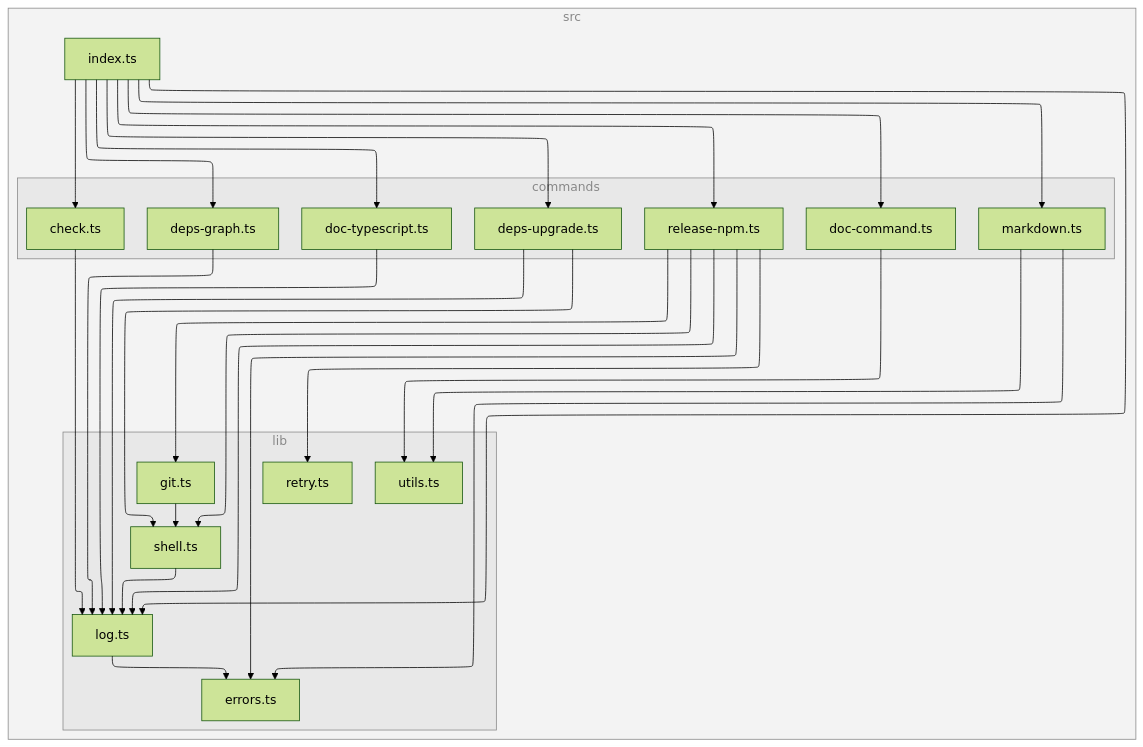
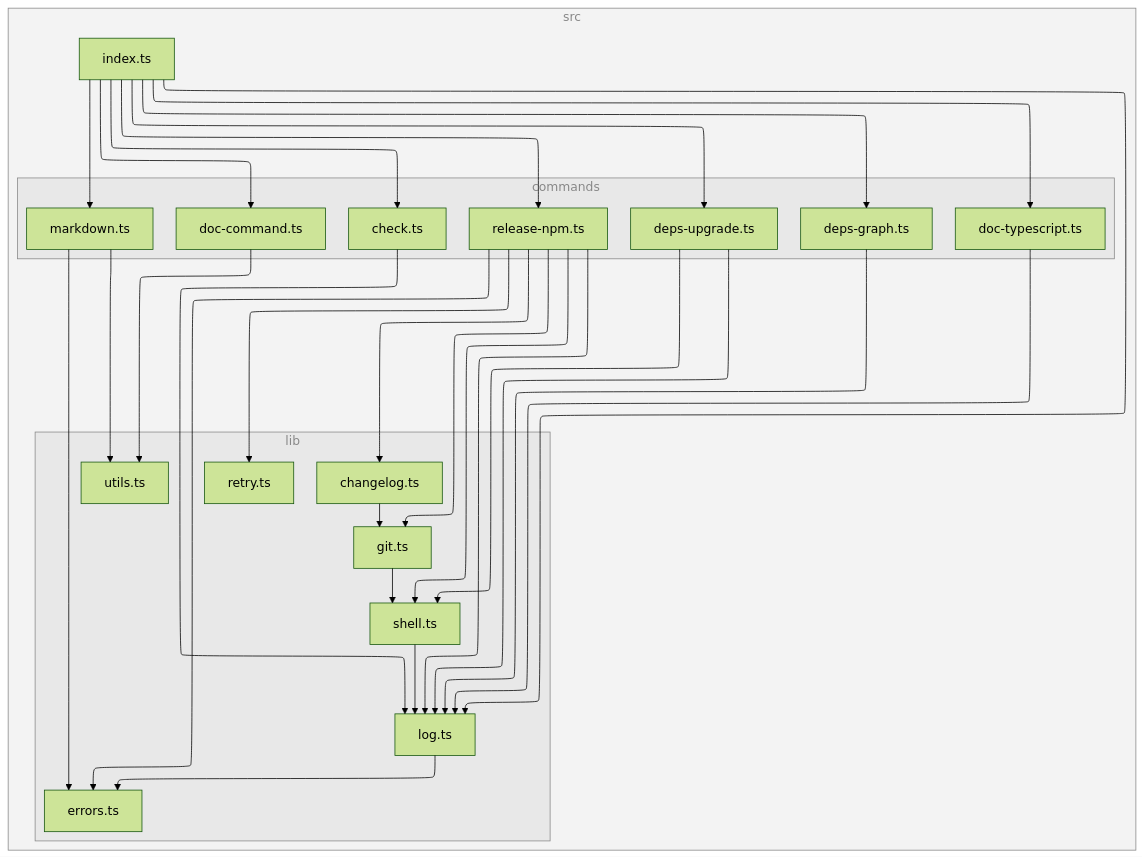
Before and after one commit to versatiles-org/node-release-tool: the diagram in README.md, drawn with Mermaid (forest theme).

Commit message:
fix: update dependency graph in README for accurate representation

````diff
--- a/README.md
+++ b/README.md
@@ -196,55 +196,58 @@
 ```mermaid
 ---
 config:
   layout: elk
 ---
 flowchart TB
 
 subgraph 0["src"]
 subgraph 1["commands"]
 2["check.ts"]
 6["deps-graph.ts"]
 7["deps-upgrade.ts"]
 9["doc-command.ts"]
 B["doc-typescript.ts"]
 C["markdown.ts"]
 D["release-npm.ts"]
 end
 subgraph 3["lib"]
 4["log.ts"]
 5["errors.ts"]
 8["shell.ts"]
 A["utils.ts"]
-E["git.ts"]
-F["retry.ts"]
+E["changelog.ts"]
+F["git.ts"]
+G["retry.ts"]
 end
-G["index.ts"]
+H["index.ts"]
 end
 2-->4
 4-->5
 6-->4
 7-->4
 7-->8
 8-->4
 9-->A
 B-->4
 C-->5
 C-->A
+D-->E
 D-->5
-D-->E
+D-->F
 D-->4
-D-->F
+D-->G
 D-->8
-E-->8
-G-->2
-G-->6
-G-->7
-G-->9
-G-->B
-G-->C
-G-->D
-G-->4
+E-->F
+F-->8
+H-->2
+H-->6
+H-->7
+H-->9
+H-->B
+H-->C
+H-->D
+H-->4
 
 class 0,1,3 subgraphs;
 classDef subgraphs fill-opacity:0.1, fill:#888, color:#888, stroke:#888;
 ```
````
